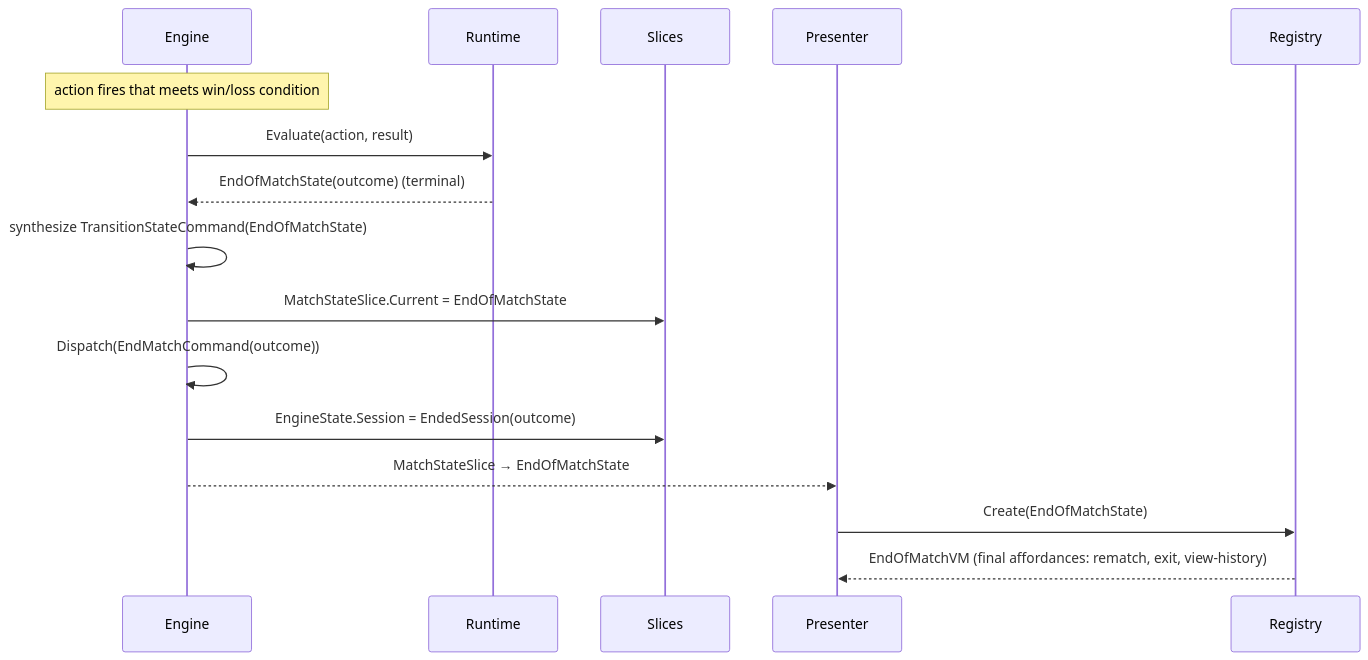
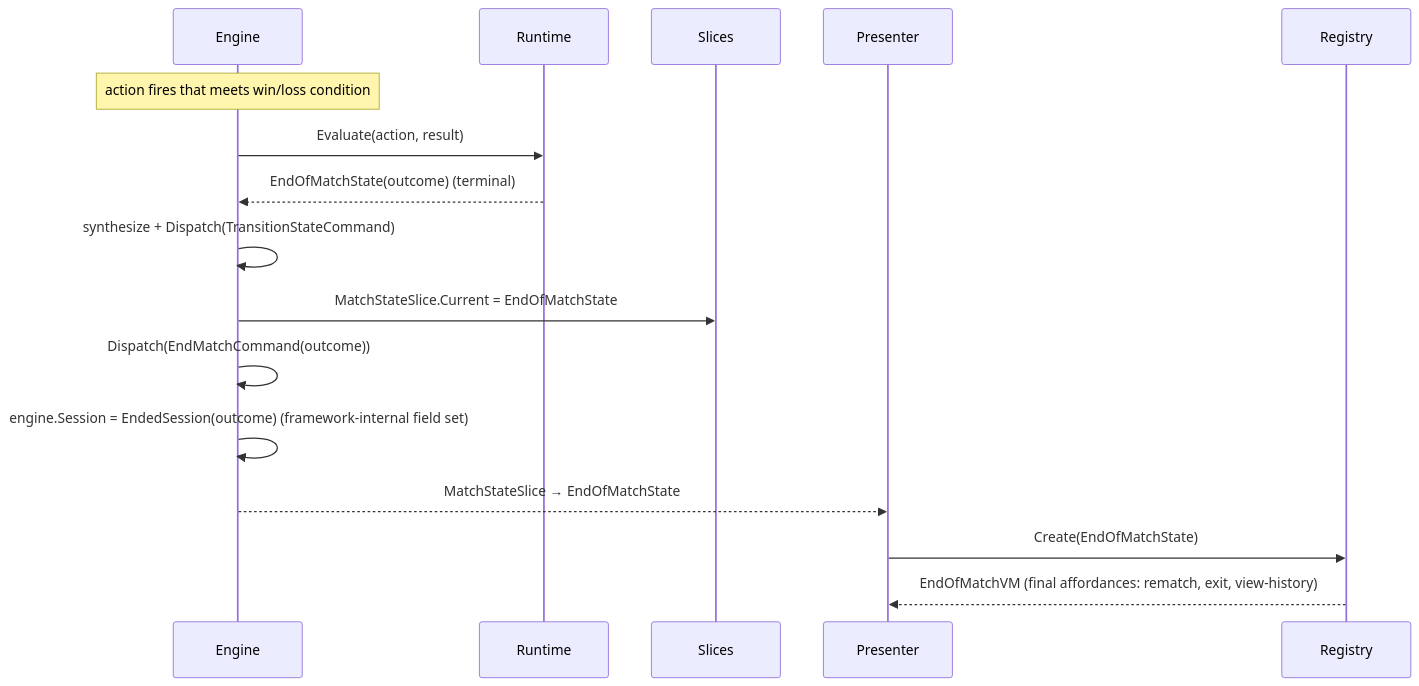
Before and after one commit to MgCohen/Card-Framework: the sixth of 6 diagrams in Product/spikes/runtime-walkthrough.md, drawn with Mermaid. The commit also changed other lines of this file, not shown here.

````diff
--- a/Product/spikes/runtime-walkthrough.md
+++ b/Product/spikes/runtime-walkthrough.md
@@ -338,19 +313,19 @@
 ```mermaid
 sequenceDiagram
   participant Engine
   participant Runtime
   participant Slices
   participant Presenter
   participant Registry
 
   Note over Engine: action fires that meets win/loss condition
   Engine->>Runtime: Evaluate(action, result)
   Runtime-->>Engine: EndOfMatchState(outcome) (terminal)
-  Engine->>Engine: synthesize TransitionStateCommand(EndOfMatchState)
+  Engine->>Engine: synthesize + Dispatch(TransitionStateCommand)
   Engine->>Slices: MatchStateSlice.Current = EndOfMatchState
   Engine->>Engine: Dispatch(EndMatchCommand(outcome))
-  Engine->>Slices: EngineState.Session = EndedSession(outcome)
+  Engine->>Engine: engine.Session = EndedSession(outcome) (framework-internal field set)
   Engine-->>Presenter: MatchStateSlice → EndOfMatchState
   Presenter->>Registry: Create(EndOfMatchState)
   Registry-->>Presenter: EndOfMatchVM (final affordances: rematch, exit, view-history)
 ```
````
